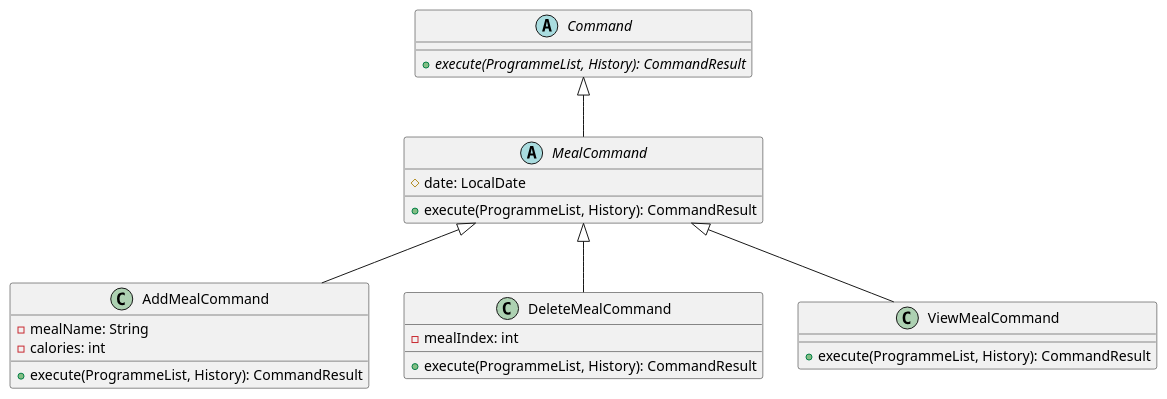
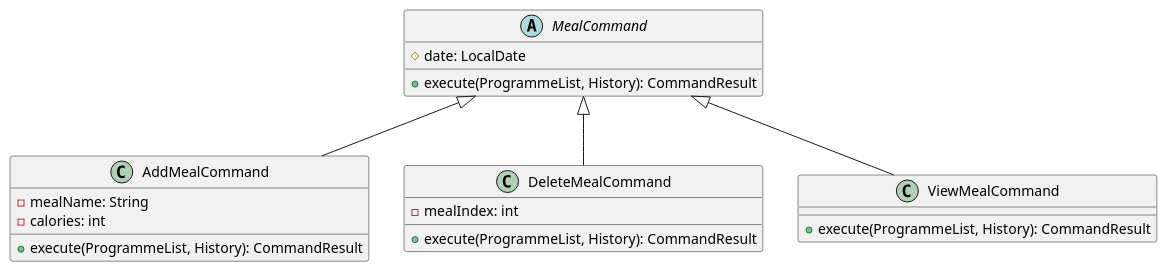
The diagram in docs/diagrams/mealCommand.puml (nus-cs2113-AY2425S1/tp), drawn with PlantUML before and after one commit. The commit also changed 4 other files, not shown here.

```diff
--- a/docs/diagrams/mealCommand.puml
+++ b/docs/diagrams/mealCommand.puml
@@ -1,31 +1,26 @@
 @startuml
-abstract class Command {
-    + {abstract} execute(ProgrammeList, History): CommandResult
-}
-
 abstract class MealCommand {
     # date: LocalDate
     + execute(ProgrammeList, History): CommandResult
 }
 
 class AddMealCommand {
     - mealName: String
     - calories: int
     + execute(ProgrammeList, History): CommandResult
 }
 
 class DeleteMealCommand {
     - mealIndex: int
     + execute(ProgrammeList, History): CommandResult
 }
 
 class ViewMealCommand {
     + execute(ProgrammeList, History): CommandResult
 }
 
-Command <|-- MealCommand
 MealCommand <|-- AddMealCommand
 MealCommand <|-- DeleteMealCommand
 MealCommand <|-- ViewMealCommand
 
 @enduml
```
